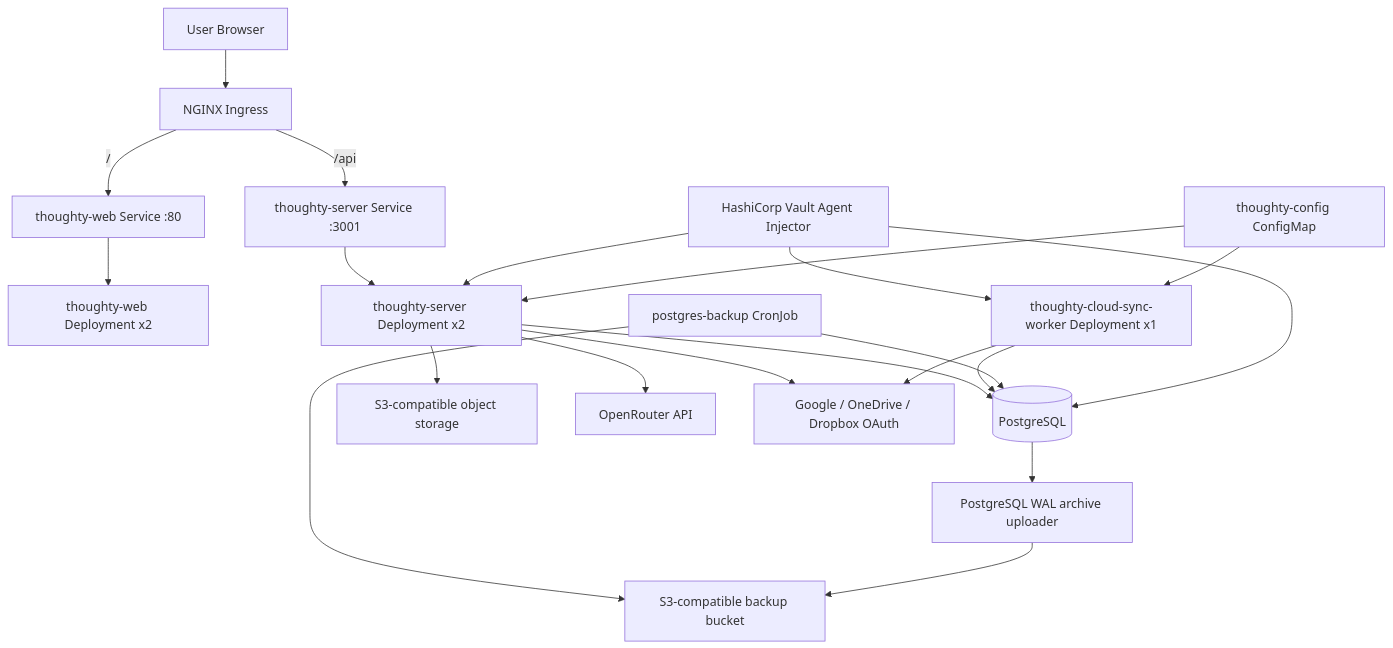
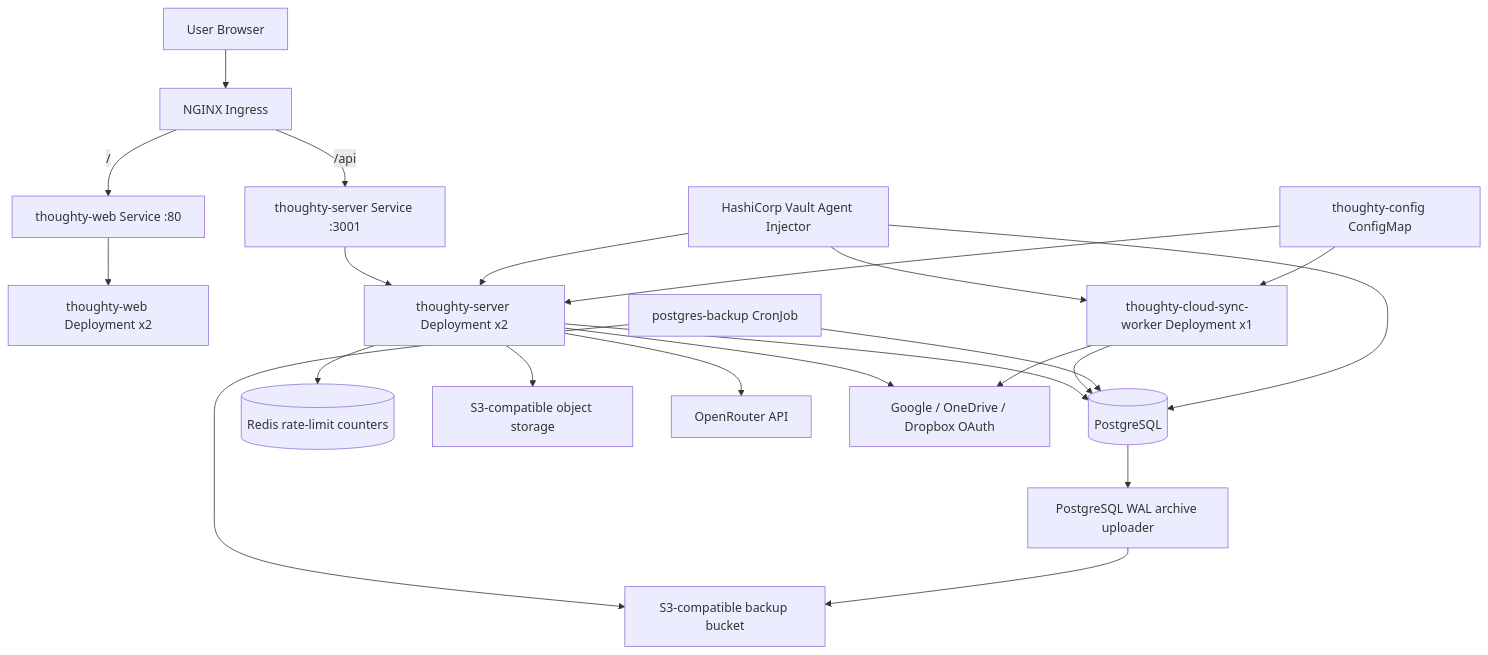
One commit to chefzaid/thoughty changed the first of 3 diagrams in docs/deployment.md. Above: the diagram before and after it, drawn with Mermaid. The commit also changed other lines of this file and 15 other files, not shown here.

````diff
--- a/docs/deployment.md
+++ b/docs/deployment.md
@@ -15,27 +16,28 @@
 ```mermaid
 flowchart TD
     Internet[User Browser] --> Ingress[NGINX Ingress]
     Ingress -->|/| WebSvc[thoughty-web Service :80]
     Ingress -->|/api| ApiSvc[thoughty-server Service :3001]
 
     WebSvc --> WebPods[thoughty-web Deployment x2]
     ApiSvc --> ApiPods[thoughty-server Deployment x2]
 
     ApiPods --> Pg[(PostgreSQL)]
+    ApiPods --> Redis[(Redis rate-limit counters)]
     Worker[thoughty-cloud-sync-worker Deployment x1] --> Pg
     Backup[postgres-backup CronJob] --> Pg
 
     ApiPods --> S3[S3-compatible object storage]
     Pg --> Wal[PostgreSQL WAL archive uploader]
     Backup --> BackupS3[S3-compatible backup bucket]
     Wal --> BackupS3
     ApiPods --> OpenRouter[OpenRouter API]
     ApiPods --> OAuth[Google / OneDrive / Dropbox OAuth]
     Worker --> OAuth
 
     Vault[HashiCorp Vault Agent Injector] --> ApiPods
     Vault --> Worker
     Vault --> Pg
     ConfigMap[thoughty-config ConfigMap] --> ApiPods
     ConfigMap --> Worker
 ```
````
